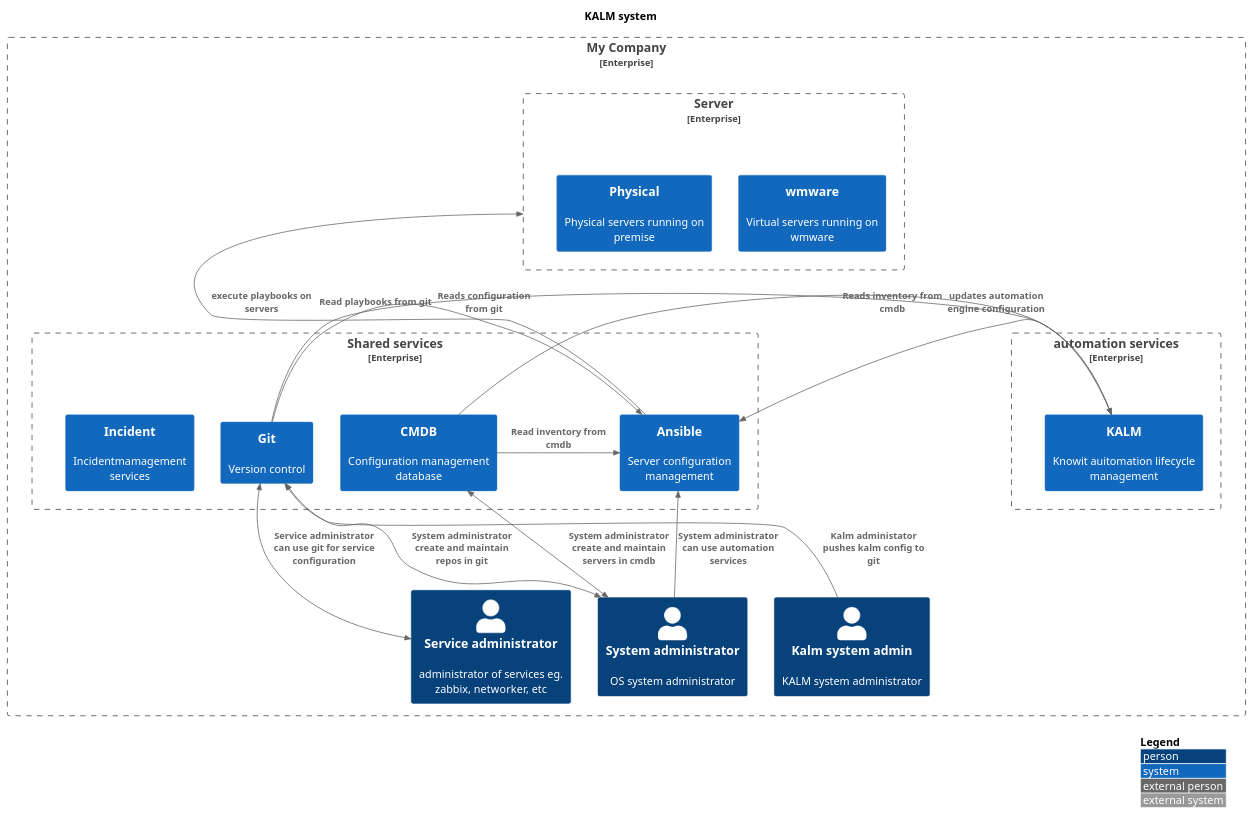
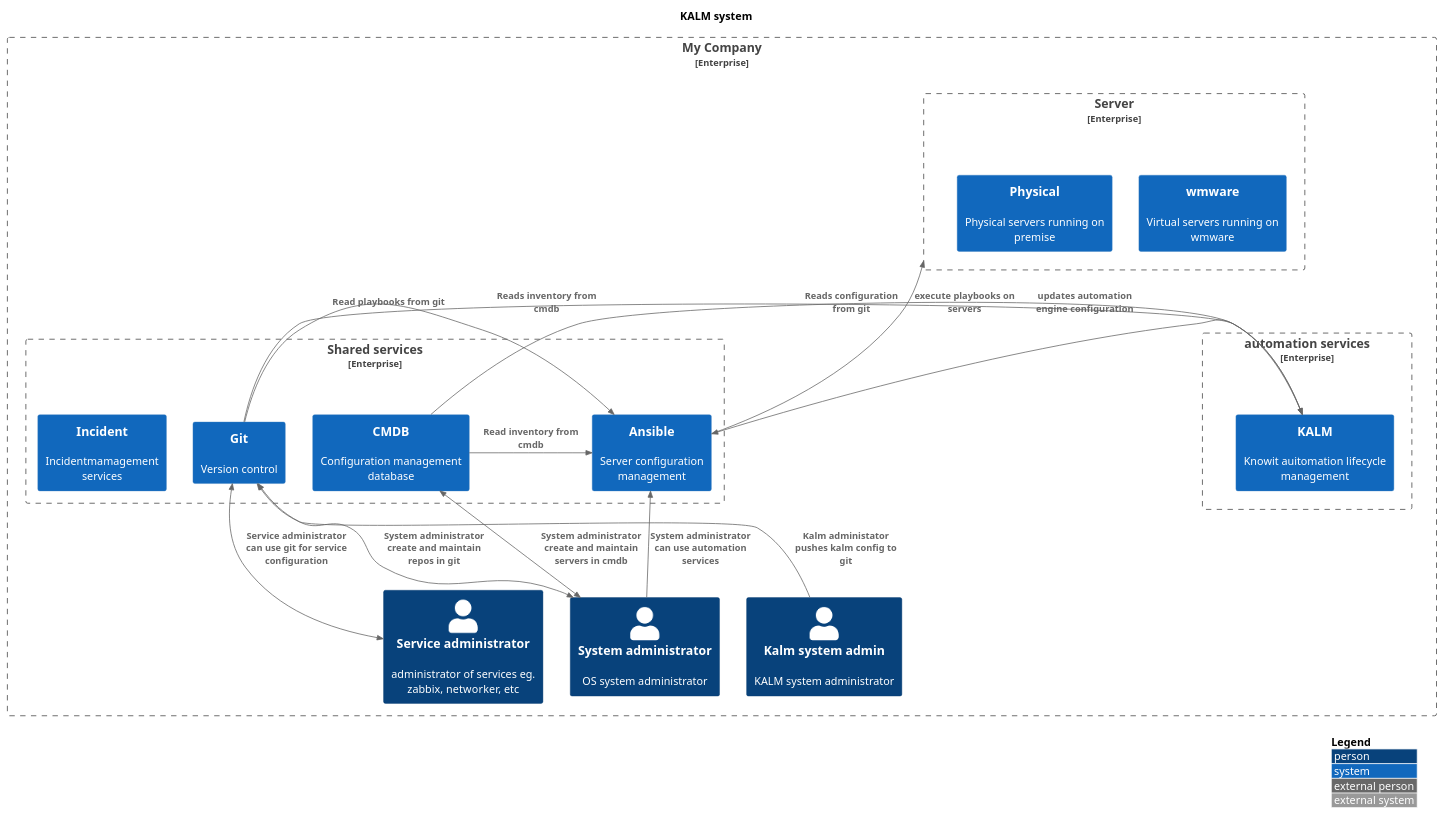
The diagram in diagrams/kalm.puml (JakobHolstDK/infowall), drawn with PlantUML before and after one commit.

Commit message:
no write

```diff
--- a/diagrams/kalm.puml
+++ b/diagrams/kalm.puml
@@ -1,71 +1,69 @@
 @startuml
 !include https://raw.githubusercontent.com/plantuml-stdlib/C4-PlantUML/master/C4_Context.puml
 
 ' uncomment the following line and comment the first to use locally
 ' !include C4_Context.puml
 
 LAYOUT_TOP_DOWN()
 'LAYOUT_AS_SKETCH()
 LAYOUT_WITH_LEGEND()
 
 
 title   KALM system
 
 
 Enterprise_Boundary(c0, "My Company", "My awesome organisation") {
 
 Person(kalmadmin, "Kalm system admin", "KALM system administrator")
 Person(systemadmin, "System administrator", "OS system administrator")
 Person(serviceadmin, "Service administrator", "administrator of services eg. zabbix, networker, etc")
 Enterprise_Boundary(c2, "Server ", "Virtuelle servere") {
     System(vmware, "wmware", "Virtual servers running on wmware")
     System(physicalservers, "Physical", "Physical servers running on premise")
 }
 
 Enterprise_Boundary(c3, "Shared services", "Shared services in the organisation") {
     System(cmdb, "CMDB", "Configuration management database")
     System(automation, "Ansible", "Server configuration management")
     System(git, "Git", "Version control")
     System(incident, "Incident", "Incidentmamagement services")
 }
 
 Enterprise_Boundary(c1, "automation services", "Automation services") {
     System(kalm, "KALM", "Knowit auitomation lifecycle management")
 }
 
 
 }
 
 Lay_L(serviceadmin, systemadmin)
 Lay_R(serviceadmin, kalmadmin)
-Lay_R(c1, c3)
-Lay_L(c1, c2)
 Lay_U(systemadmin, c1)
 Lay_U(kalmadmin, c1)
 Lay_U(serviceadmin, c1)
 
 
 
 
 Rel_Neighbor(git, automation, "Read playbooks from git")
 Rel_Neighbor(cmdb, automation, "Read inventory from cmdb")
 Rel_U(automation, c2 , "execute playbooks on servers")
 
 
 Rel_U(kalmadmin, git, "Kalm administator pushes kalm config to git")
 
 Rel_U(systemadmin, automation, "System administrator can use automation services")
 BiRel_R(systemadmin, git, "System administrator create and maintain repos in git")
 BiRel_L(systemadmin, cmdb, "System administrator create and maintain servers in cmdb")
 BiRel_D(serviceadmin, git, "Service administrator can use git for service configuration")
 
 
 
 
 
 Rel_D(cmdb, kalm, "Reads inventory from cmdb")
 Rel_D(git, kalm, "Reads configuration from git")
 Rel_L(kalm, automation, "updates automation engine configuration")
 
 
 @enduml
```
